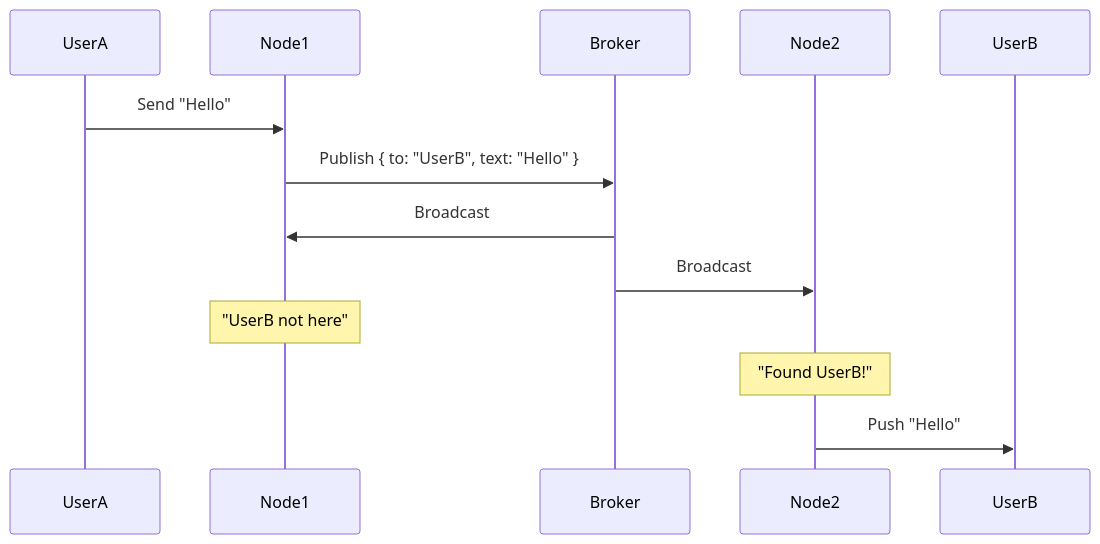
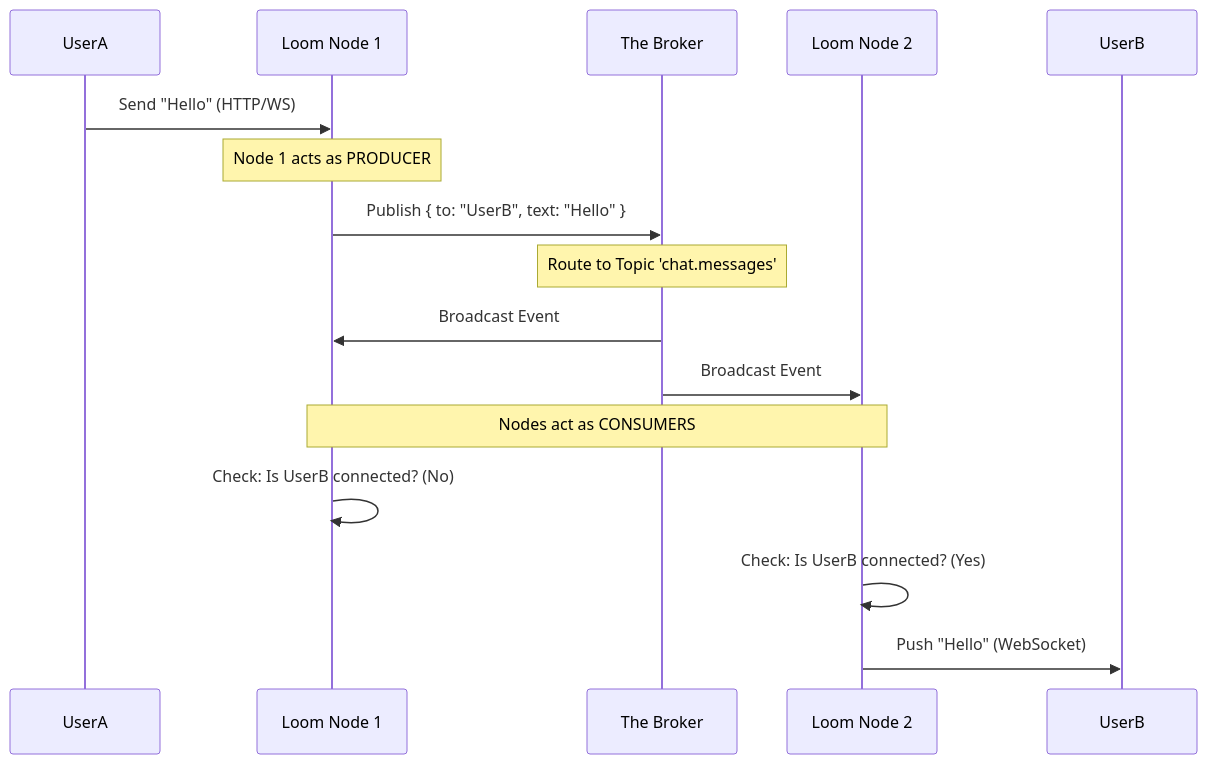
One commit to link-loom/loom-sdk changed the second of 2 diagrams in docs/adapters/events.md. Above: the diagram before and after it, drawn with Mermaid. The commit also changed other lines of this file and 1 other file, not shown here.

First line of the commit message:
Revamp: Revise event and function adapter documentation

````diff
--- a/docs/adapters/events.md
+++ b/docs/adapters/events.md
@@ -90,16 +80,22 @@
 ```mermaid
 sequenceDiagram
     participant UserA
-    participant Node1
-    participant Broker
-    participant Node2
+    participant Node1 as Loom Node 1
+    participant Broker as The Broker
+    participant Node2 as Loom Node 2
     participant UserB
 
-    UserA->>Node1: Send "Hello"
+    UserA->>Node1: Send "Hello" (HTTP/WS)
+    Note over Node1: Node 1 acts as PRODUCER
     Node1->>Broker: Publish { to: "UserB", text: "Hello" }
-    Broker->>Node1: Broadcast
-    Broker->>Node2: Broadcast
-    Note over Node1: "UserB not here"
-    Note over Node2: "Found UserB!"
-    Node2->>UserB: Push "Hello"
+
+    Note over Broker: Route to Topic 'chat.messages'
+    Broker->>Node1: Broadcast Event
+    Broker->>Node2: Broadcast Event
+
+    Note over Node1, Node2: Nodes act as CONSUMERS
+    Node1->>Node1: Check: Is UserB connected? (No)
+    Node2->>Node2: Check: Is UserB connected? (Yes)
+
+    Node2->>UserB: Push "Hello" (WebSocket)
 ```
````
